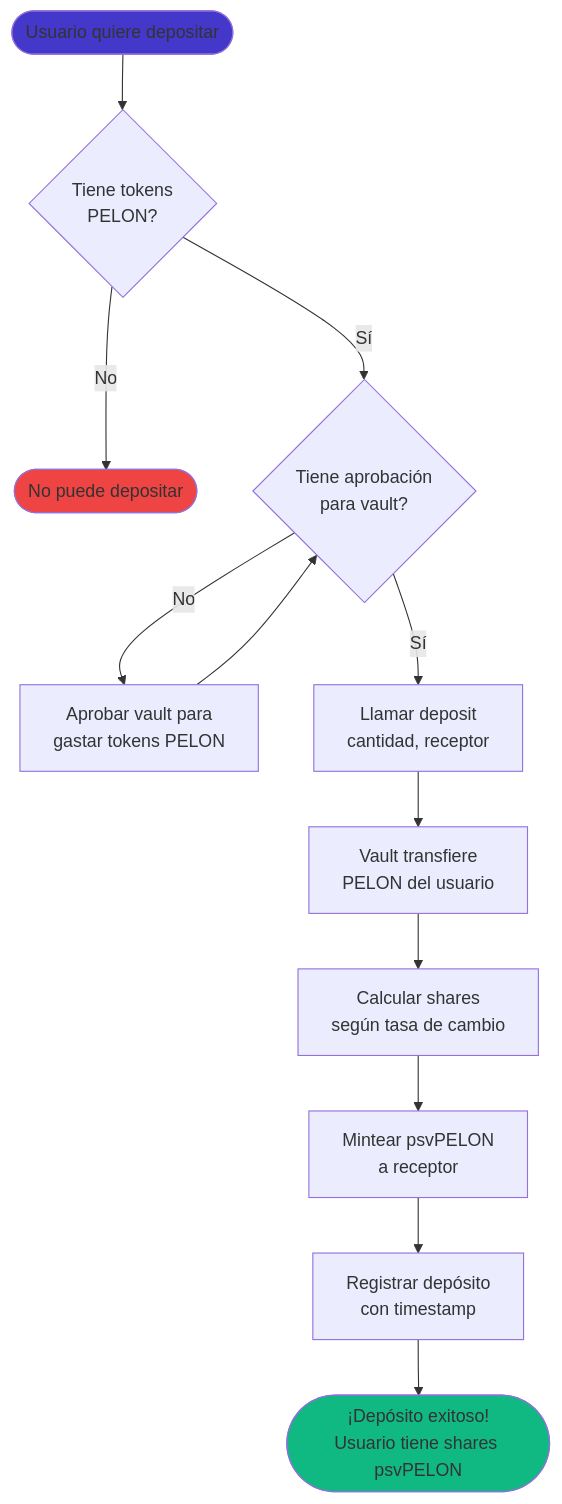
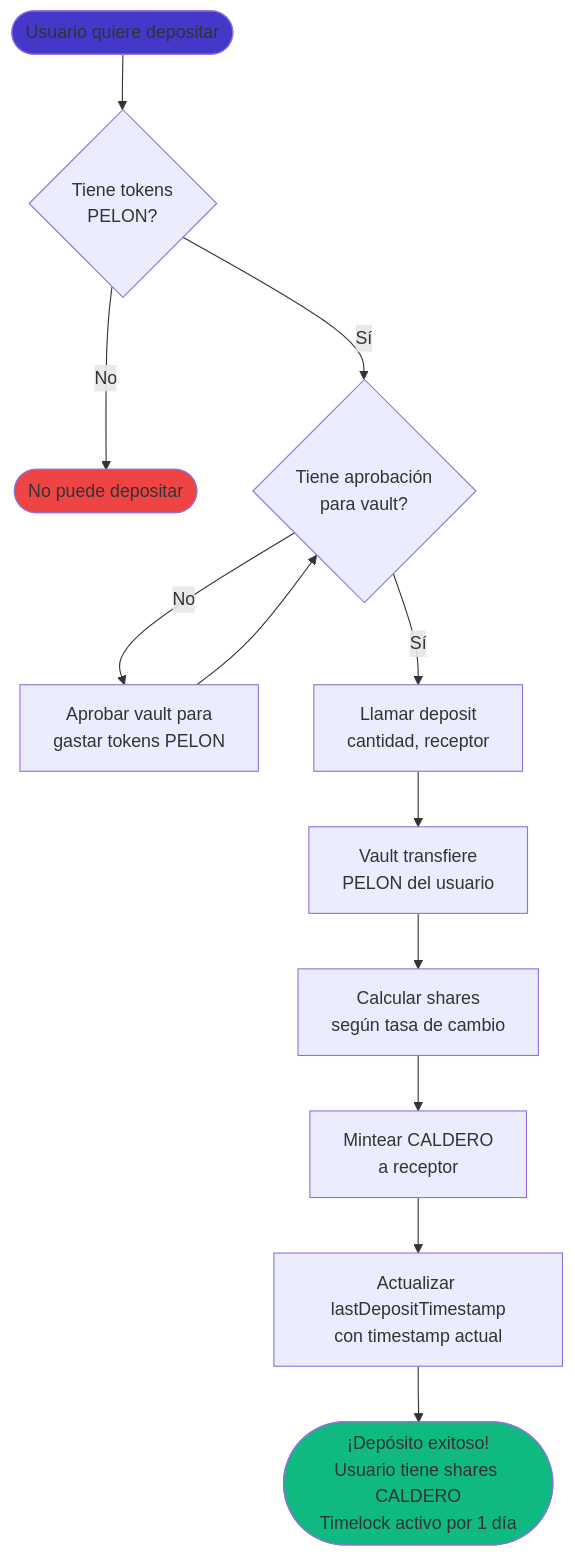
Before and after one commit to PelonClub/PelonClub-BaseNetwork-Monorepo: the fourth of 5 diagrams in docs/es/guia-usuario-vault-staking.md, drawn with Mermaid. The commit also changed other lines of this file and 9 other files, not shown here.

````diff
--- a/docs/es/guia-usuario-vault-staking.md
+++ b/docs/es/guia-usuario-vault-staking.md
@@ -318,18 +278,18 @@
 ```mermaid
 flowchart TD
     Inicio([Usuario quiere depositar]) --> VerificarBalance{Tiene tokens<br/>PELON?}
     VerificarBalance -->|No| Fin1([No puede depositar])
     VerificarBalance -->|Sí| VerificarAprobacion{Tiene aprobación<br/>para vault?}
     VerificarAprobacion -->|No| Aprobar[Aprobar vault para<br/>gastar tokens PELON]
     Aprobar --> VerificarAprobacion
     VerificarAprobacion -->|Sí| Depositar[Llamar deposit<br/>cantidad, receptor]
     Depositar --> Transferir[Vault transfiere<br/>PELON del usuario]
     Transferir --> Calcular[Calcular shares<br/>según tasa de cambio]
-    Calcular --> Mintear[Mintear psvPELON<br/>a receptor]
-    Mintear --> Registrar[Registrar depósito<br/>con timestamp]
-    Registrar --> Exito([¡Depósito exitoso!<br/>Usuario tiene shares psvPELON])
+    Calcular --> Mintear[Mintear CALDERO<br/>a receptor]
+    Mintear --> Actualizar[Actualizar lastDepositTimestamp<br/>con timestamp actual]
+    Actualizar --> Exito([¡Depósito exitoso!<br/>Usuario tiene shares CALDERO<br/>Timelock activo por 1 día])
     
     style Inicio fill:#4338ca
     style Exito fill:#10b981
     style Fin1 fill:#ef4444
 ```
````
